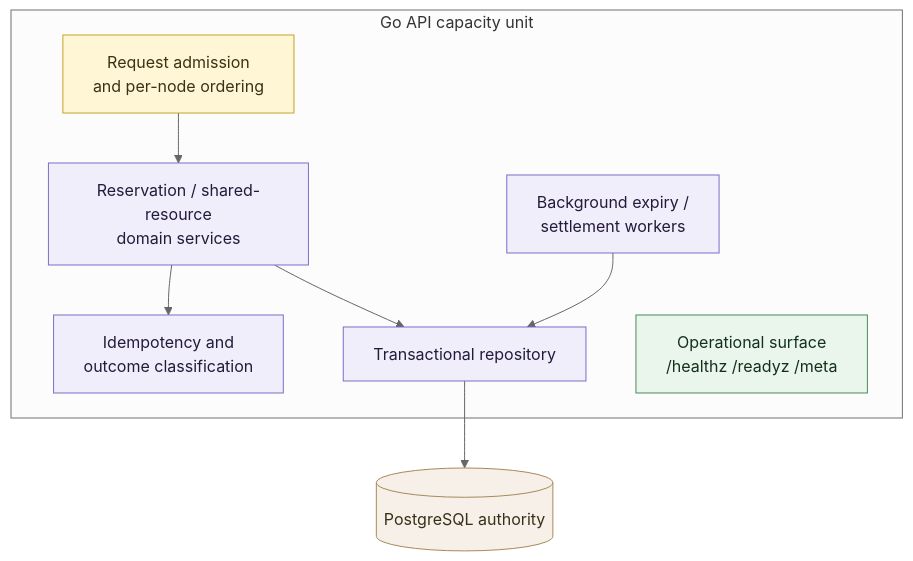
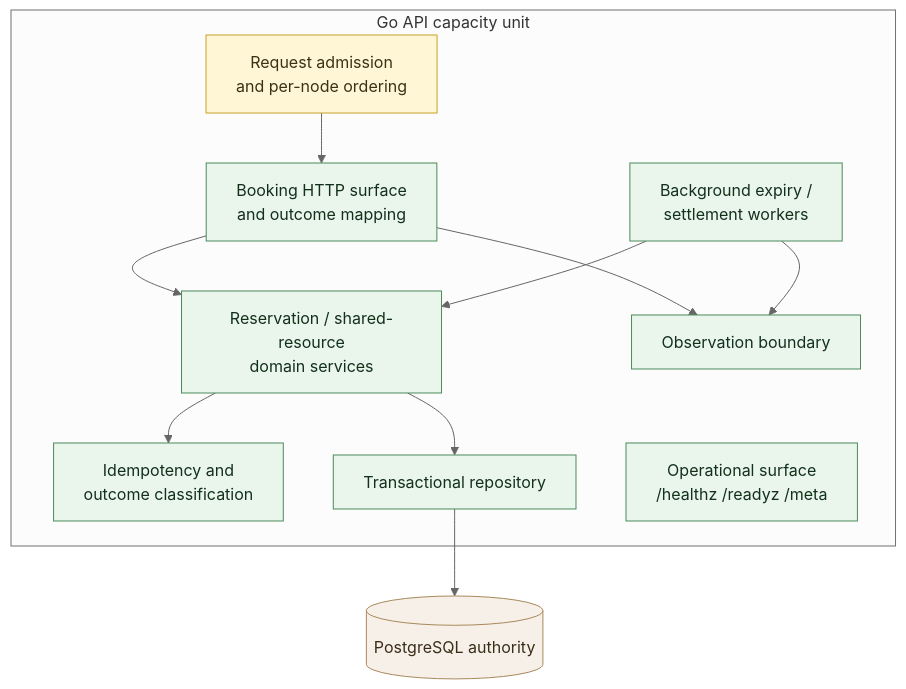
One commit to nancysworld/alloca-go changed the second of 3 diagrams in docs/design/system-context.md. Above: the diagram before and after it, drawn with Mermaid (neutral theme). The commit also changed other lines of this file and 8 other files, not shown here.

First line of the commit message:
Document the API surface and observation contract

````diff
--- a/docs/design/system-context.md
+++ b/docs/design/system-context.md
@@ -72,22 +73,25 @@
 ```mermaid
 flowchart TB
     subgraph node[Go API capacity unit]
-        adm[Request admission<br/>and per-node ordering]:::m0
-        dom[Reservation / shared-resource<br/>domain services]:::m1
-        idem[Idempotency and<br/>outcome classification]:::m1
-        repo[Transactional repository]:::m1
-        work[Background expiry /<br/>settlement workers]:::m1
+        adm[Request admission<br/>and per-node ordering]:::m2
+        api[Booking HTTP surface<br/>and outcome mapping]:::done
+        dom[Reservation / shared-resource<br/>domain services]:::done
+        idem[Idempotency and<br/>outcome classification]:::done
+        repo[Transactional repository]:::done
+        work[Background expiry /<br/>settlement workers]:::done
+        tel[Observation boundary]:::done
         ops[Operational surface<br/>/healthz /readyz /meta]:::done
     end
 
     pg[(PostgreSQL authority)]:::ext
 
-    adm --> dom --> repo --> pg
+    adm --> api --> dom --> repo --> pg
     dom --> idem
-    work --> repo
+    work --> dom
+    api --> tel
+    work --> tel
 
     classDef done fill:#eaf6ec,stroke:#4a8a5a,color:#12301a;
-    classDef m0 fill:#fff6d6,stroke:#c9a227,color:#3a3212;
-    classDef m1 fill:#f0eefb,stroke:#7a6ec9,color:#241a3a;
+    classDef m2 fill:#fff6d6,stroke:#c9a227,color:#3a3212;
     classDef ext fill:#f6f0e8,stroke:#a8895b,color:#3a2e1a;
 ```
````
